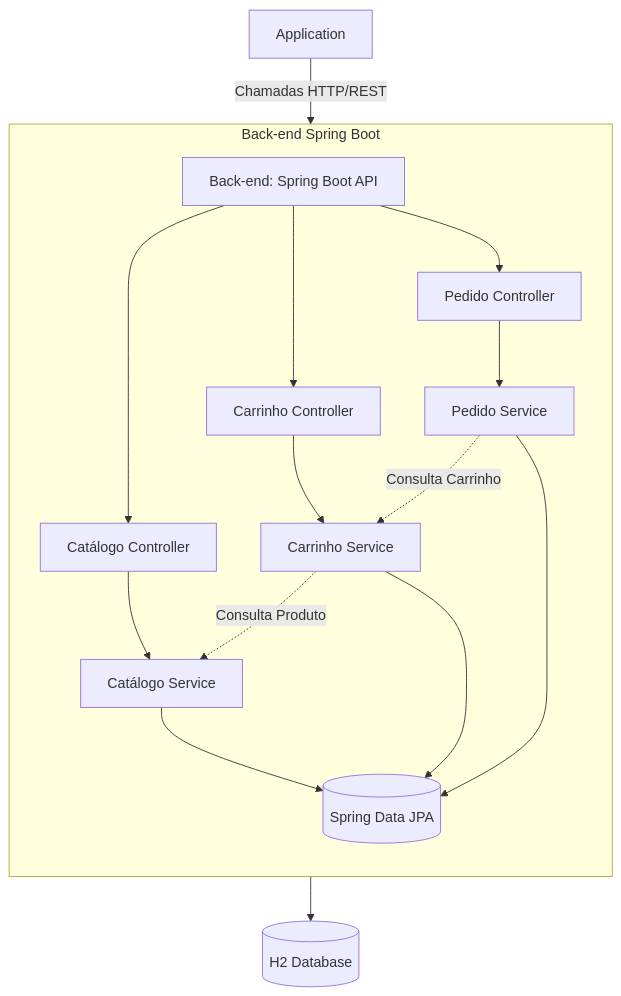
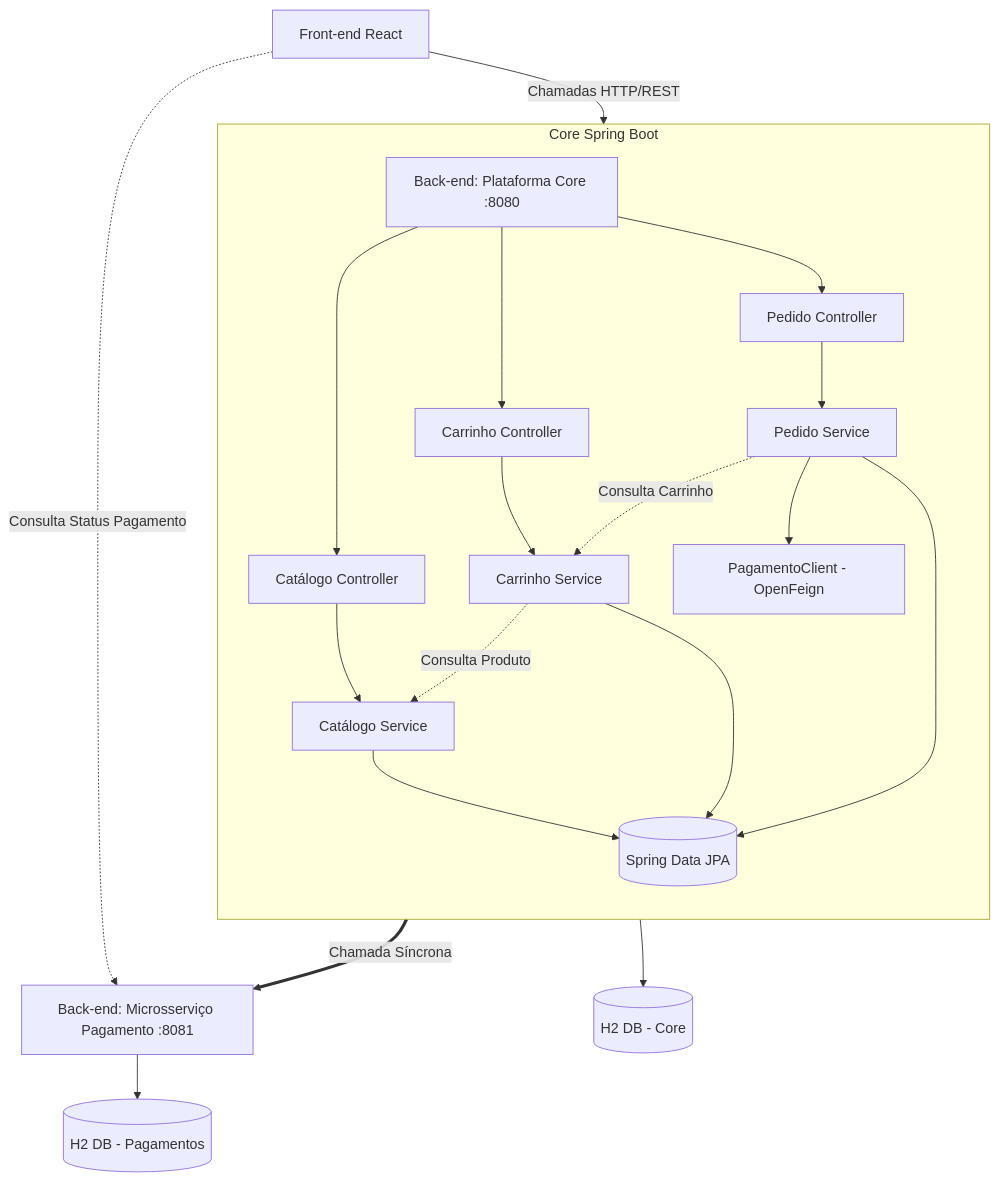
One commit to Matheusz19/Backend_Ecommerce changed the first of 3 diagrams in README.md. Above: the diagram before and after it, drawn with Mermaid. The commit also changed other lines of this file and 6 other files, not shown here.

````diff
--- a/README.md
+++ b/README.md
@@ -49,24 +53,30 @@
 ```mermaid
 graph TD
-    Client[Application] -->|Chamadas HTTP/REST| API[Back-end: Spring Boot API]
-    
-    subgraph Back-end Spring Boot
-        direction TB
-        API --> CatController[Catálogo Controller]
-        API --> CarController[Carrinho Controller]
-        API --> PedController[Pedido Controller]
-        
-        CatController --> CatService[Catálogo Service]
-        CarController --> CarService[Carrinho Service]
-        PedController --> PedService[Pedido Service]
-        
-        CarService -.->|Consulta Produto| CatService
-        PedService -.->|Consulta Carrinho| CarService
-        
-        CatService --> Repositories[(Spring Data JPA)]
-        CarService --> Repositories
-        PedService --> Repositories
-    end
-    
-    Repositories --> DB[(H2 Database)]
+UI[Front-end React] -->|Chamadas HTTP/REST| Core[Back-end: Plataforma Core :8080]
+UI -.->|Consulta Status Pagamento| Pag[Back-end: Microsserviço Pagamento :8081]
+
+subgraph Core Spring Boot
+direction TB
+Core --> CatController[Catálogo Controller]
+Core --> CarController[Carrinho Controller]
+Core --> PedController[Pedido Controller]
+
+CatController --> CatService[Catálogo Service]
+CarController --> CarService[Carrinho Service]
+PedController --> PedService[Pedido Service]
+
+CarService -.->|Consulta Produto| CatService
+PedService -.->|Consulta Carrinho| CarService
+
+CatService --> Repositories[(Spring Data JPA)]
+CarService --> Repositories
+PedService --> Repositories
+
+PedService --> Feign[PagamentoClient - OpenFeign]
+end
+
+Repositories --> DB1[(H2 DB - Core)]
+
+Feign == Chamada Síncrona ==> Pag
+Pag --> DB2[(H2 DB - Pagamentos)]
   ```
````
